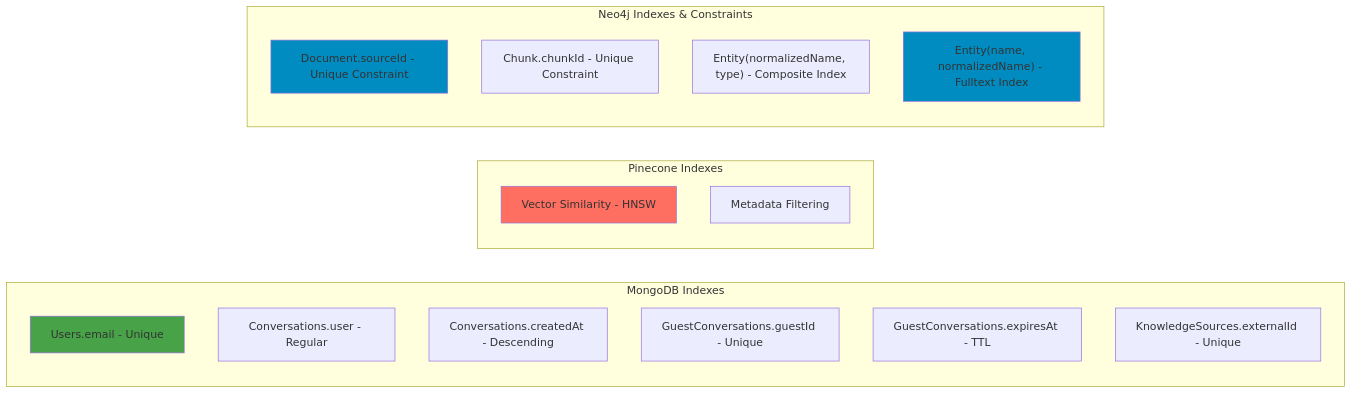
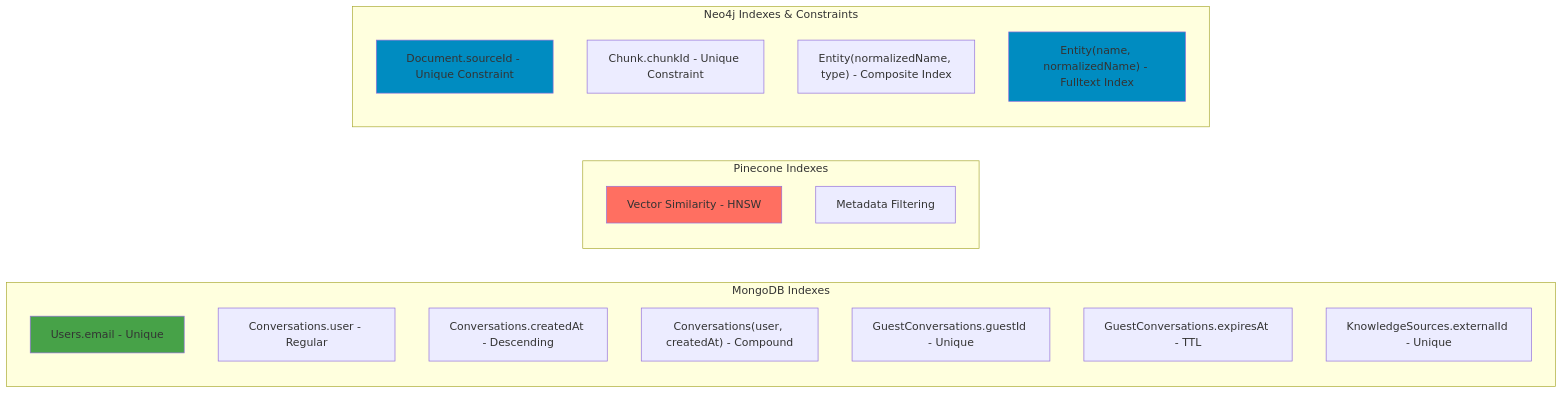
Diagram 34 of 47 in ARCHITECTURE.md (hoangsonww/AI-RAG-Assistant-Chatbot), drawn with Mermaid before and after one commit. The commit also changed other lines of this file and 43 other files, not shown here.

````diff
--- a/ARCHITECTURE.md
+++ b/ARCHITECTURE.md
@@ -1507,28 +1668,29 @@
 ```mermaid
 graph LR
     subgraph "MongoDB Indexes"
         UserEmail[Users.email - Unique]
         ConvUser[Conversations.user - Regular]
         ConvCreated[Conversations.createdAt - Descending]
+        ConvUserCreated["Conversations(user, createdAt) - Compound"]
         GuestID[GuestConversations.guestId - Unique]
         GuestExpire[GuestConversations.expiresAt - TTL]
         KnowledgeExternalId[KnowledgeSources.externalId - Unique]
     end
 
     subgraph "Pinecone Indexes"
         VectorIndex[Vector Similarity - HNSW]
         MetadataFilter[Metadata Filtering]
     end
 
     subgraph "Neo4j Indexes & Constraints"
         DocUnique["Document.sourceId - Unique Constraint"]
         ChunkUnique["Chunk.chunkId - Unique Constraint"]
         EntityComposite["Entity(normalizedName, type) - Composite Index"]
         EntityFulltext["Entity(name, normalizedName) - Fulltext Index"]
     end
 
     style UserEmail fill:#47A248
     style VectorIndex fill:#FF6F61
     style DocUnique fill:#008CC1
     style EntityFulltext fill:#008CC1
 ```
````
